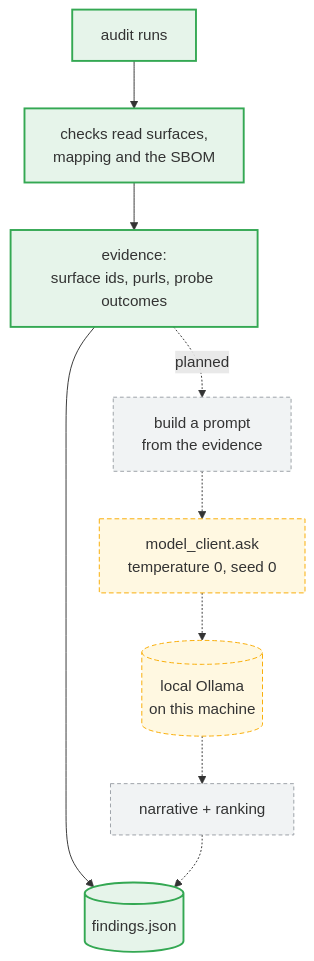
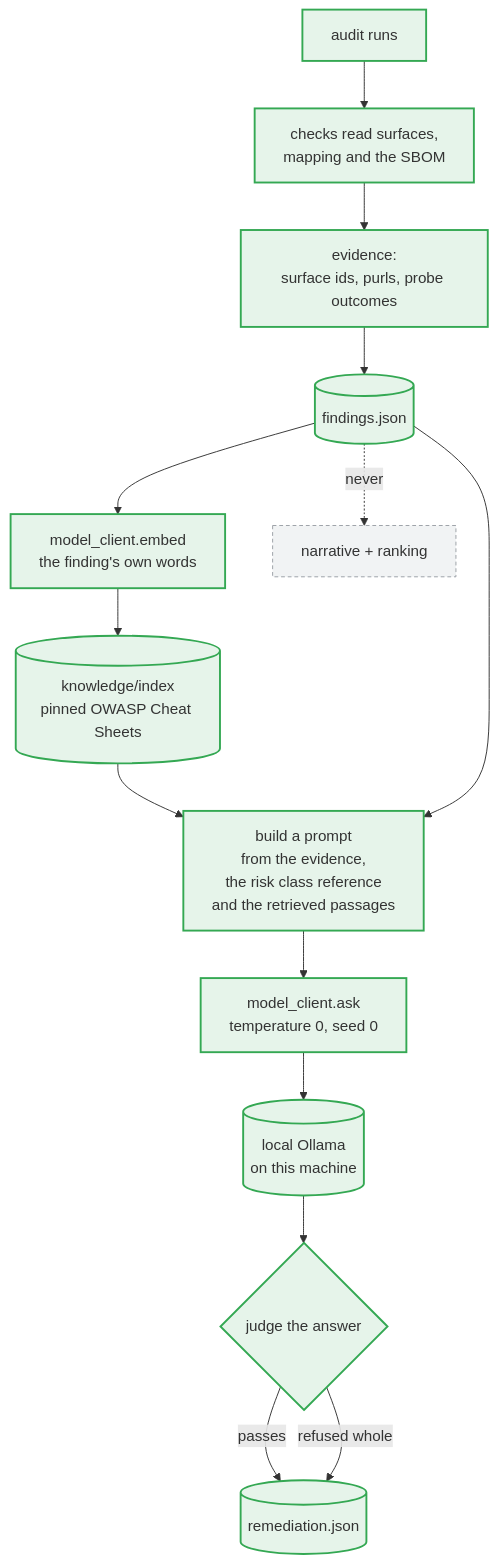
The sixth of 10 diagrams in docs/FLOW.md (heinthtnaung/AgenticLLMAppAuditor), drawn with Mermaid before and after one commit. The commit also changed other lines of this file and 312 other files, not shown here.

````diff
--- a/docs/FLOW.md
+++ b/docs/FLOW.md
@@ -305,19 +429,22 @@
 ```mermaid
 flowchart TD
     A[audit runs] --> C[checks read surfaces,<br/>mapping and the SBOM]
     C --> EV[evidence:<br/>surface ids, purls, probe outcomes]
     EV --> F[(findings.json)]
 
-    EV -.->|planned| Q[build a prompt<br/>from the evidence]
-    Q -.-> MC[model_client.ask<br/>temperature 0, seed 0]
-    MC -.-> OL[(local Ollama<br/>on this machine)]
-    OL -.-> N[narrative + ranking]
-    N -.-> F
+    F --> EM[model_client.embed<br/>the finding's own words]
+    EM --> KB[(knowledge/index<br/>pinned OWASP Cheat Sheets)]
+    KB --> Q
+    F --> Q[build a prompt<br/>from the evidence,<br/>the risk class reference<br/>and the retrieved passages]
+    Q --> MC[model_client.ask<br/>temperature 0, seed 0]
+    MC --> OL[(local Ollama<br/>on this machine)]
+    OL --> J{judge the answer}
+    J -->|passes| R[(remediation.json)]
+    J -->|refused whole| R
+    F -.->|never| N[narrative + ranking]
 
     classDef built fill:#e6f4ea,stroke:#34a853,stroke-width:2px
-    classDef ready fill:#fff8e1,stroke:#f9ab00,stroke-dasharray:5 3
     classDef planned fill:#f1f3f4,stroke:#9aa0a6,stroke-dasharray:4 3
-    class A,C,EV,F built
-    class MC,OL ready
-    class Q,N planned
+    class A,C,EV,F,EM,KB,Q,MC,OL,J,R built
+    class N planned
 ```
````
